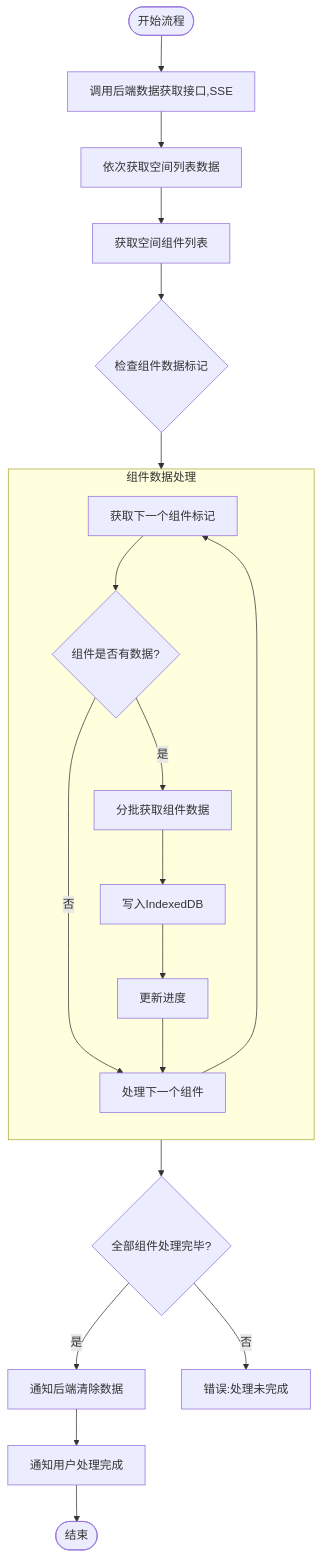
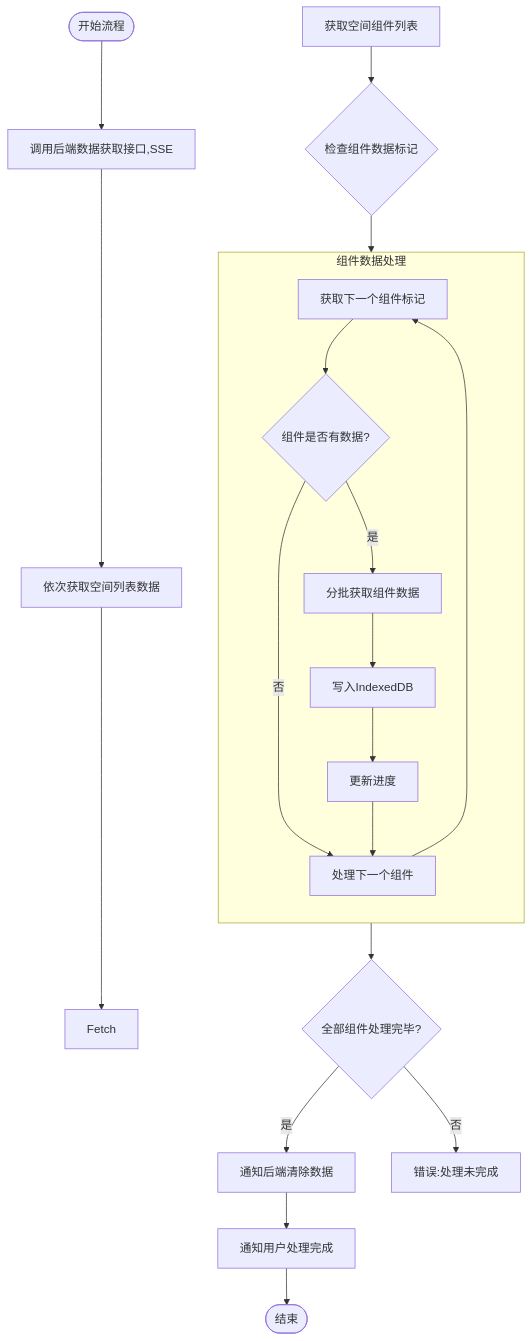
The diagram in all/未命名-59.md (yingjianzh/iodraw-files), drawn with Mermaid before and after one commit.

Commit message:
2025-05-14 14:52:22 update

````diff
--- a/all/未命名-59.md
+++ b/all/未命名-59.md
@@ -1,30 +1,32 @@
 ```mermaid
 
 flowchart TD
     Start([开始流程]) --> FetchData[调用后端数据获取接口,SSE]
     FetchData --> FetchSpaceData[依次获取空间列表数据]
+    FetchSpaceData --> Fetch
     
-    FetchSpaceData --> FetchComponentList[获取空间组件列表]
+    
+    FetchComponentList[获取空间组件列表]
     FetchComponentList --> CheckComponentData{检查组件数据标记}
     
     subgraph ComponentProcess [组件数据处理]
         direction TB
         A[获取下一个组件标记] --> B{组件是否有数据?}
         B -->|否| NextComponent[处理下一个组件]
         B -->|是| C[分批获取组件数据]
         C --> D[写入IndexedDB]
         D --> UpdateProgress[更新进度]
         UpdateProgress --> NextComponent
         NextComponent --> A
     end
     
     CheckComponentData --> ComponentProcess
     ComponentProcess --> AllComponentsProcessed{全部组件处理完毕?}
     
     AllComponentsProcessed -->|是| ClearServerData[通知后端清除数据]
     AllComponentsProcessed -->|否| Error3[错误:处理未完成]
     
     ClearServerData --> CompletionNotification[通知用户处理完成]
     CompletionNotification --> End([结束])
 
 ```
````
